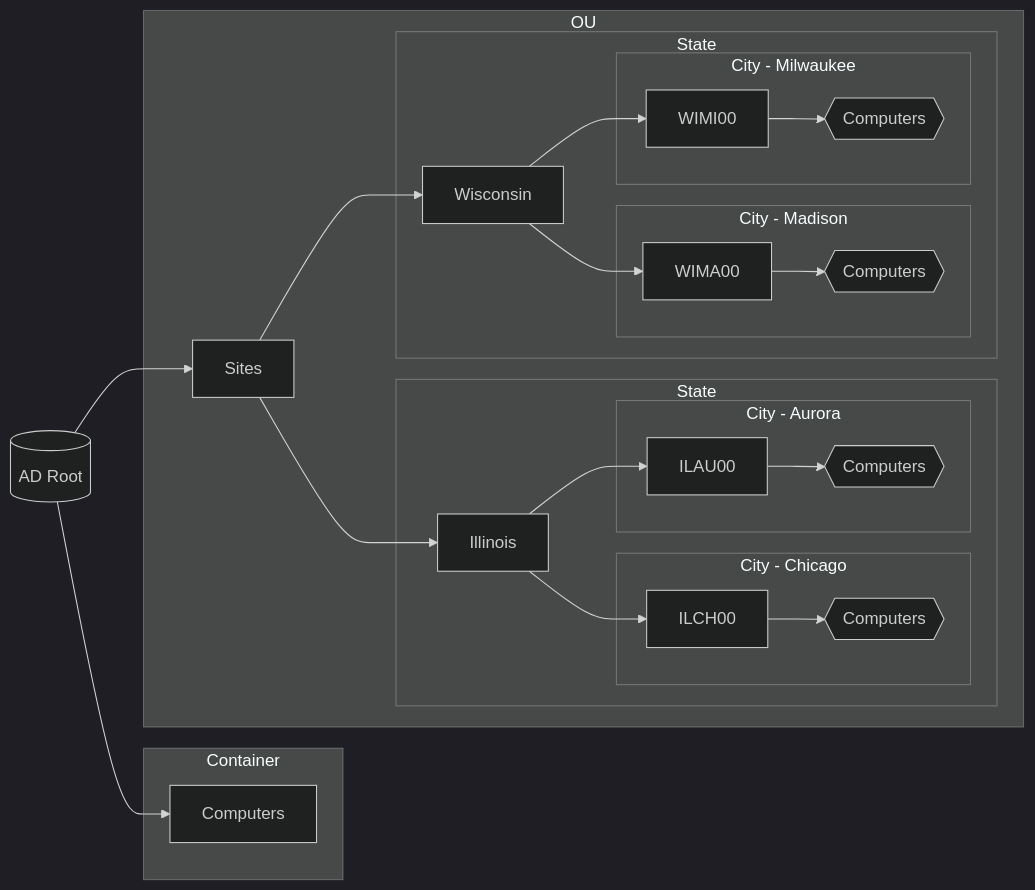
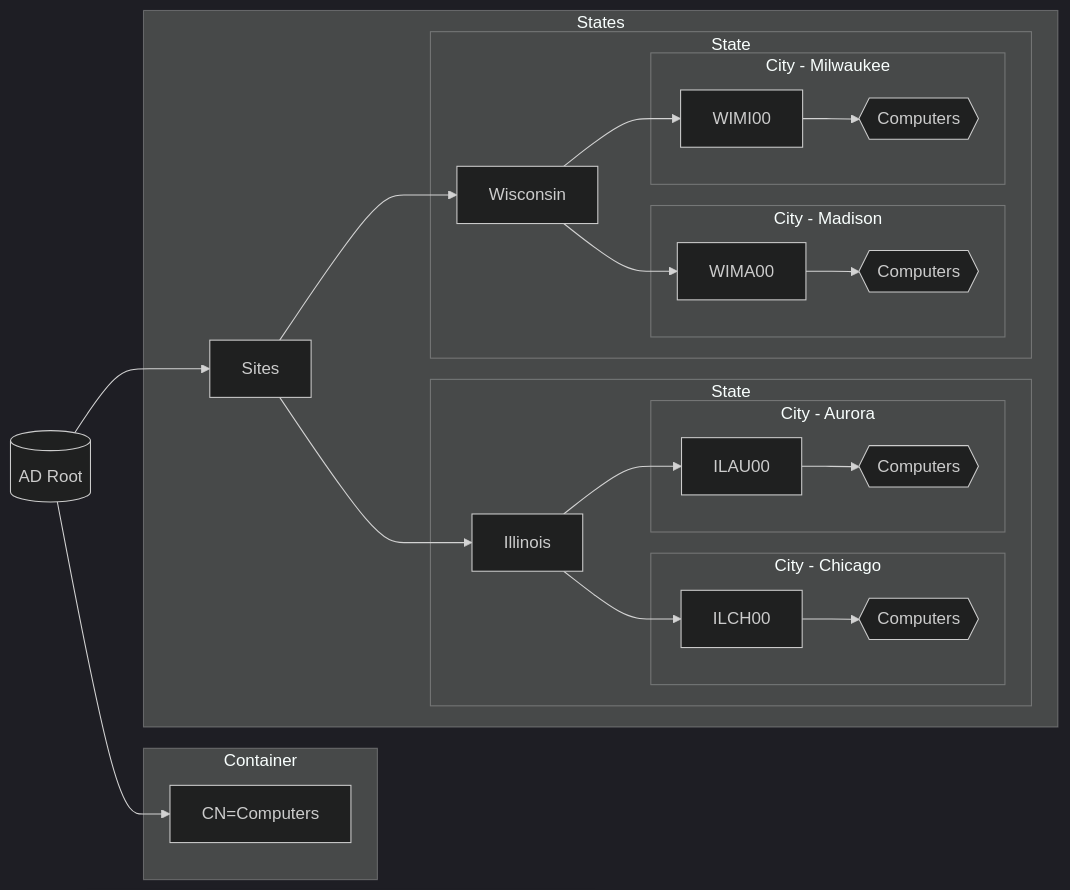
The diagram in powershell-scripts/Move-ComputersByStateSiteCode/README.md (emerconnelly/sysadmin), drawn with Mermaid (dark theme) before and after one commit.

````diff
--- a/powershell-scripts/Move-ComputersByStateSiteCode/README.md
+++ b/powershell-scripts/Move-ComputersByStateSiteCode/README.md
@@ -13,33 +13,33 @@
 ```mermaid
 flowchart LR
     ad1[(AD Root)]
-    ad1 --> computers1[Computers]
+    ad1 --> computers1[CN=Computers]
         subgraph container1[Container]
         computers1
         end
     ad1 --> Sites
-        subgraph ou1[OU]
+        subgraph ou1[States]
         Sites --> Illinois
             subgraph state1[State]
             Illinois --> ILCH00
                 subgraph city1[City - Chicago]
                 ILCH00 --> computer1{{Computers}}
                 end
             Illinois --> ILAU00
                 subgraph city2[City - Aurora]
                 ILAU00 --> computer2{{Computers}}
                 end
             end
         Sites --> Wisconsin
             subgraph state2[State]
             Wisconsin --> WIMA00
                 subgraph city3[City - Madison]
                 WIMA00 --> computer3{{Computers}}
                 end
             Wisconsin --> WIMI00
                 subgraph city4[City - Milwaukee]
                 WIMI00 --> computer4{{Computers}}
                 end
             end
         end
 ```
````
